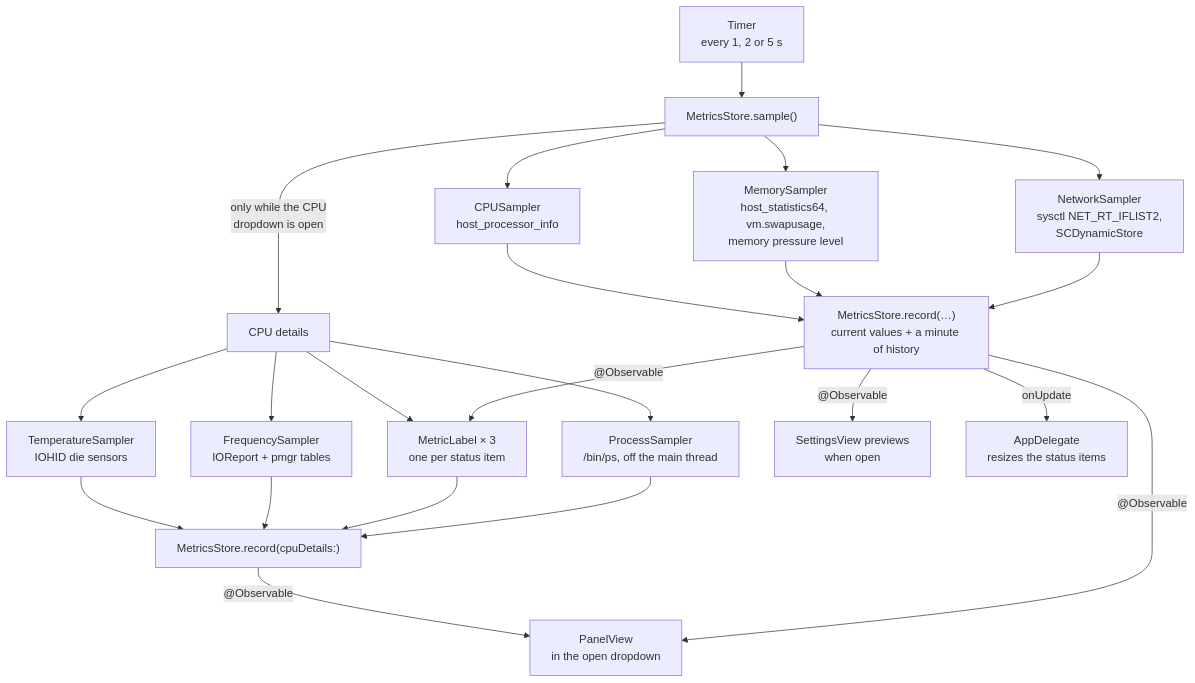
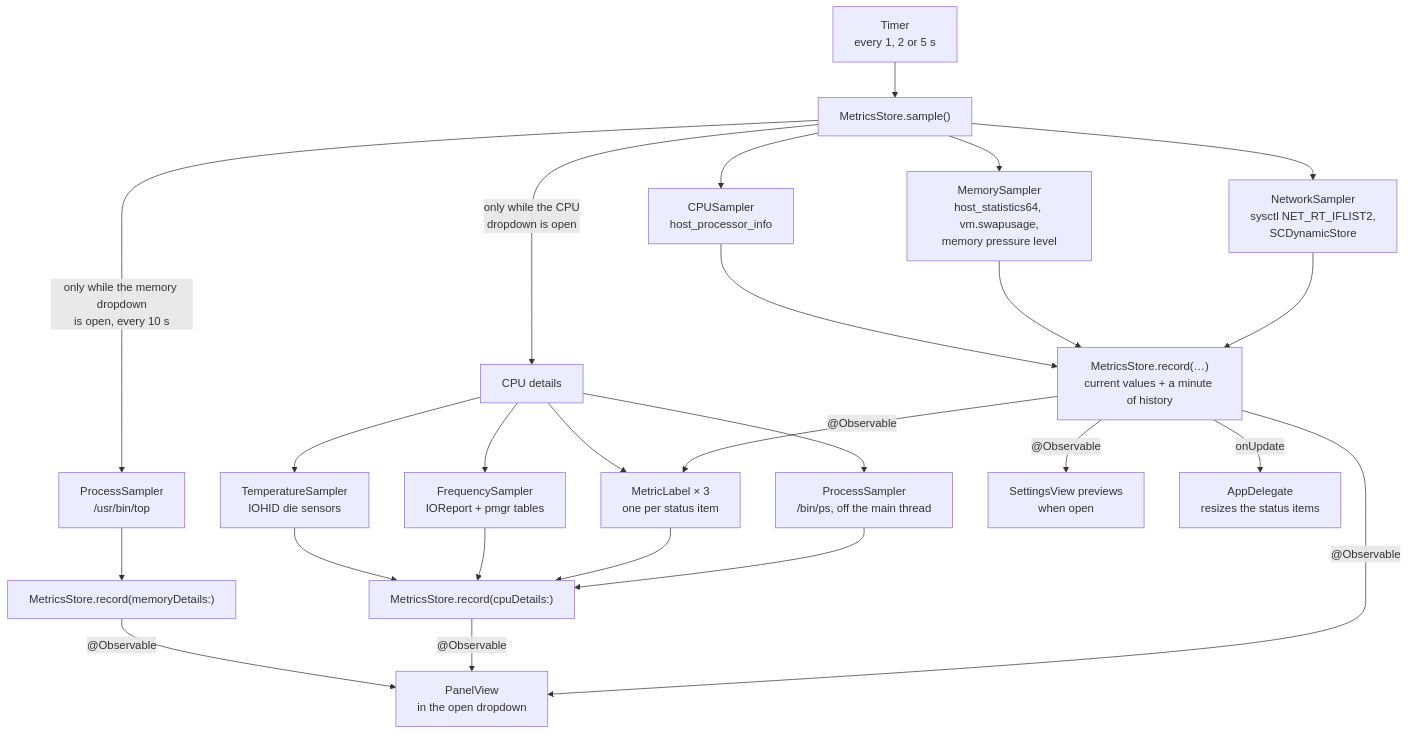
Before and after one commit to rwijnen/menu-bar-monitor: the diagram in Docs/ARCHITECTURE.md, drawn with Mermaid. The commit also changed other lines of this file and 19 other files, not shown here.

First line of the commit message:
Show Stats' memory details in the memory dropdown

````diff
--- a/Docs/ARCHITECTURE.md
+++ b/Docs/ARCHITECTURE.md
@@ -10,19 +10,22 @@
 ```mermaid
 flowchart TD
     T["Timer<br/>every 1, 2 or 5 s"] --> S["MetricsStore.sample()"]
     S --> C["CPUSampler<br/>host_processor_info"]
     S --> M["MemorySampler<br/>host_statistics64, vm.swapusage,<br/>memory pressure level"]
     S --> N["NetworkSampler<br/>sysctl NET_RT_IFLIST2,<br/>SCDynamicStore"]
     C & M & N --> R["MetricsStore.record(…)<br/>current values + a minute of history"]
     S -->|"only while the CPU<br/>dropdown is open"| D["CPU details"]
+    S -->|"only while the memory dropdown<br/>is open, every 10 s"| Mt["ProcessSampler<br/>/usr/bin/top"]
+    Mt --> RM["MetricsStore.record(memoryDetails:)"]
+    RM -->|"@Observable"| P
     D --> Th["TemperatureSampler<br/>IOHID die sensors"]
     D --> F["FrequencySampler<br/>IOReport + pmgr tables"]
     D --> L["SystemInfo<br/>load average, uptime"]
     D --> Ps["ProcessSampler<br/>/bin/ps, off the main thread"]
     Th & F & L & Ps --> RD["MetricsStore.record(cpuDetails:)"]
     RD -->|"@Observable"| P
     R -->|"@Observable"| L["MetricLabel × 3<br/>one per status item"]
     R -->|"@Observable"| P["PanelView<br/>in the open dropdown"]
     R -->|"@Observable"| V["SettingsView previews<br/>when open"]
     R -->|"onUpdate"| W["AppDelegate<br/>resizes the status items"]
 ```
````
